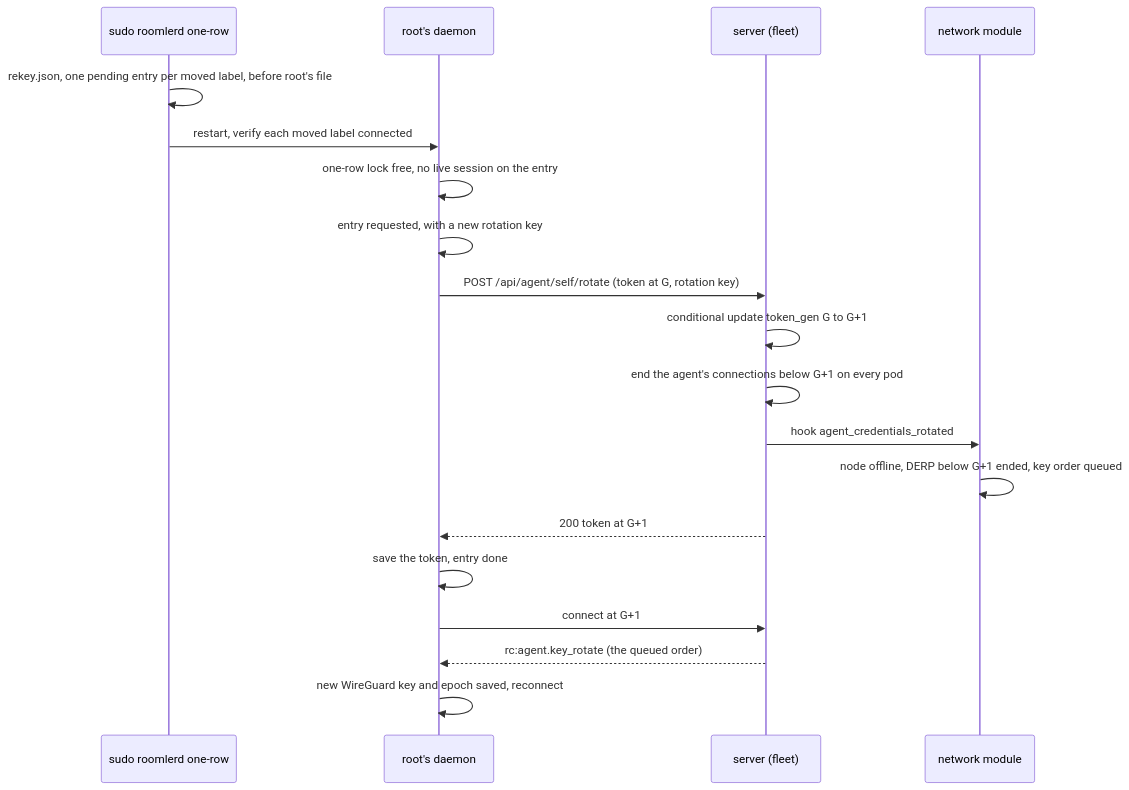
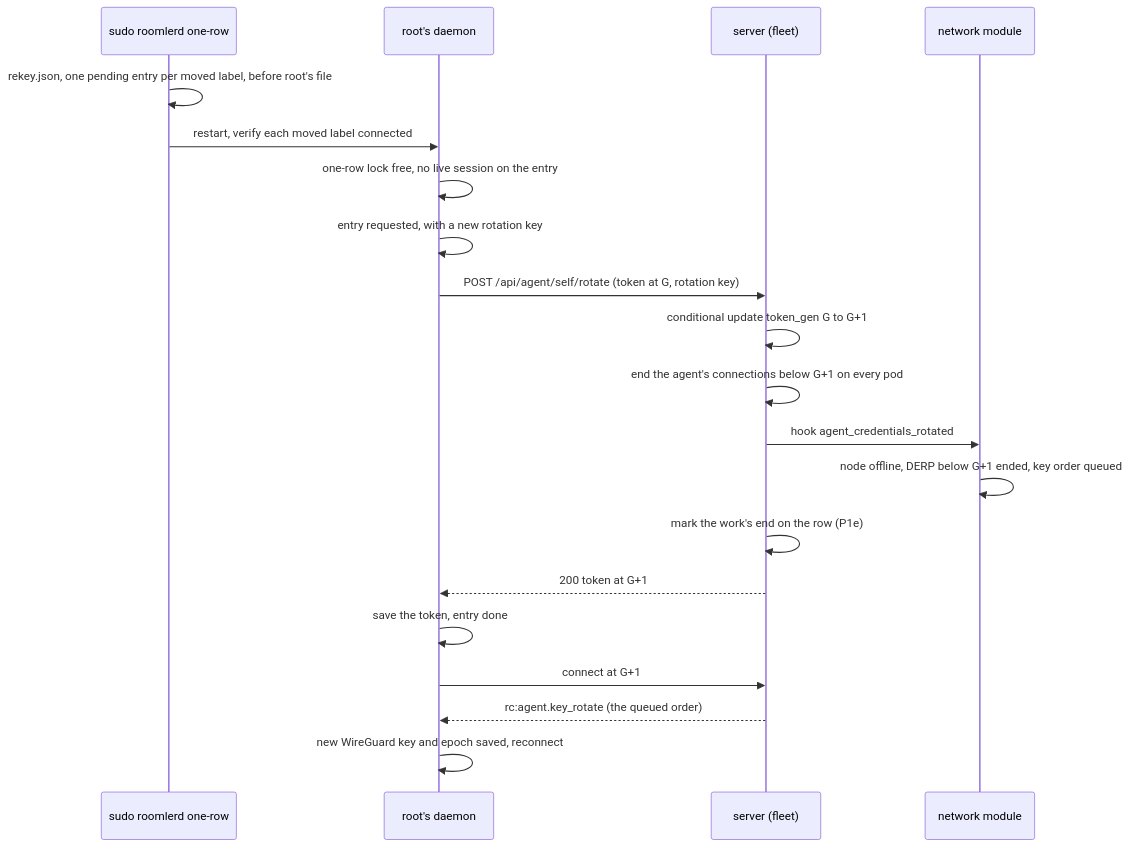
One commit to gjovanov/roomler-ai changed the diagram in docs/fr/FR-155-one-row-new-credentials.md. Above: the diagram before and after it, drawn with Mermaid. The commit also changed other lines of this file and 29 other files, not shown here.

````diff
--- a/docs/fr/FR-155-one-row-new-credentials.md
+++ b/docs/fr/FR-155-one-row-new-credentials.md
@@ -48,21 +49,22 @@
 ```mermaid
 sequenceDiagram
     participant C as sudo roomlerd one-row
     participant D as root's daemon
     participant S as server (fleet)
     participant N as network module
     C->>C: rekey.json, one pending entry per moved label, before root's file
     C->>D: restart, verify each moved label connected
     D->>D: one-row lock free, no live session on the entry
     D->>D: entry requested, with a new rotation key
     D->>S: POST /api/agent/self/rotate (token at G, rotation key)
     S->>S: conditional update token_gen G to G+1
     S->>S: end the agent's connections below G+1 on every pod
     S->>N: hook agent_credentials_rotated
     N->>N: node offline, DERP below G+1 ended, key order queued
+    S->>S: mark the work's end on the row (P1e)
     S-->>D: 200 token at G+1
     D->>D: save the token, entry done
     D->>S: connect at G+1
     S-->>D: rc:agent.key_rotate (the queued order)
     D->>D: new WireGuard key and epoch saved, reconnect
 ```
````
